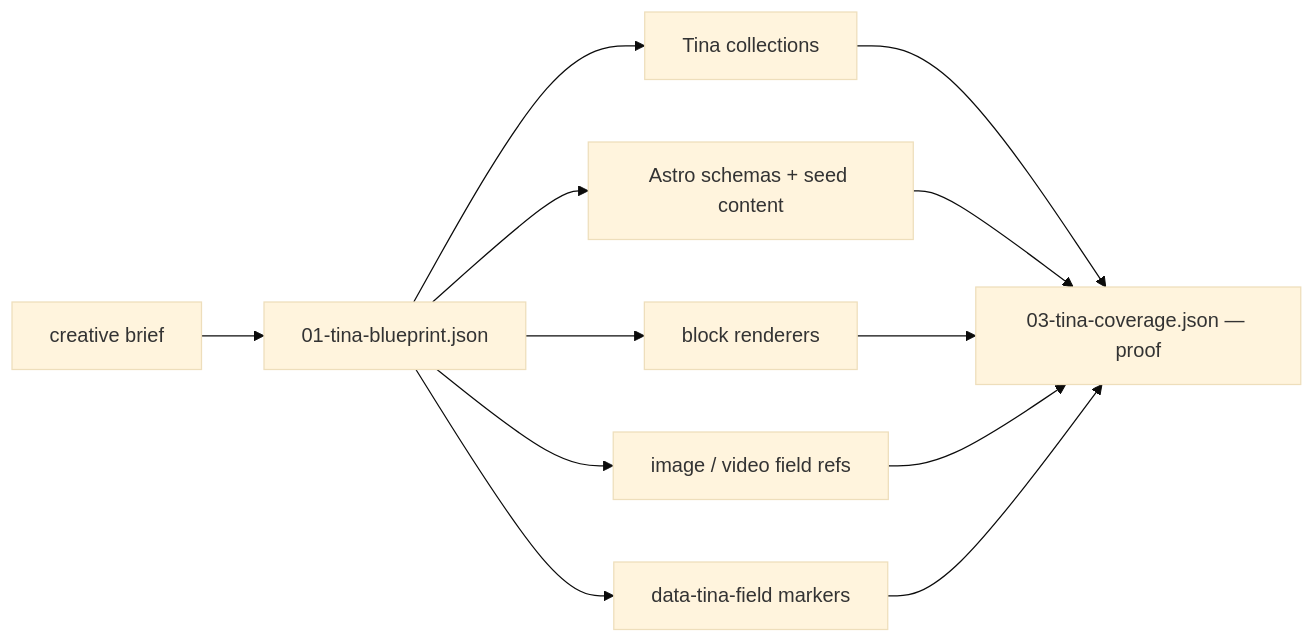
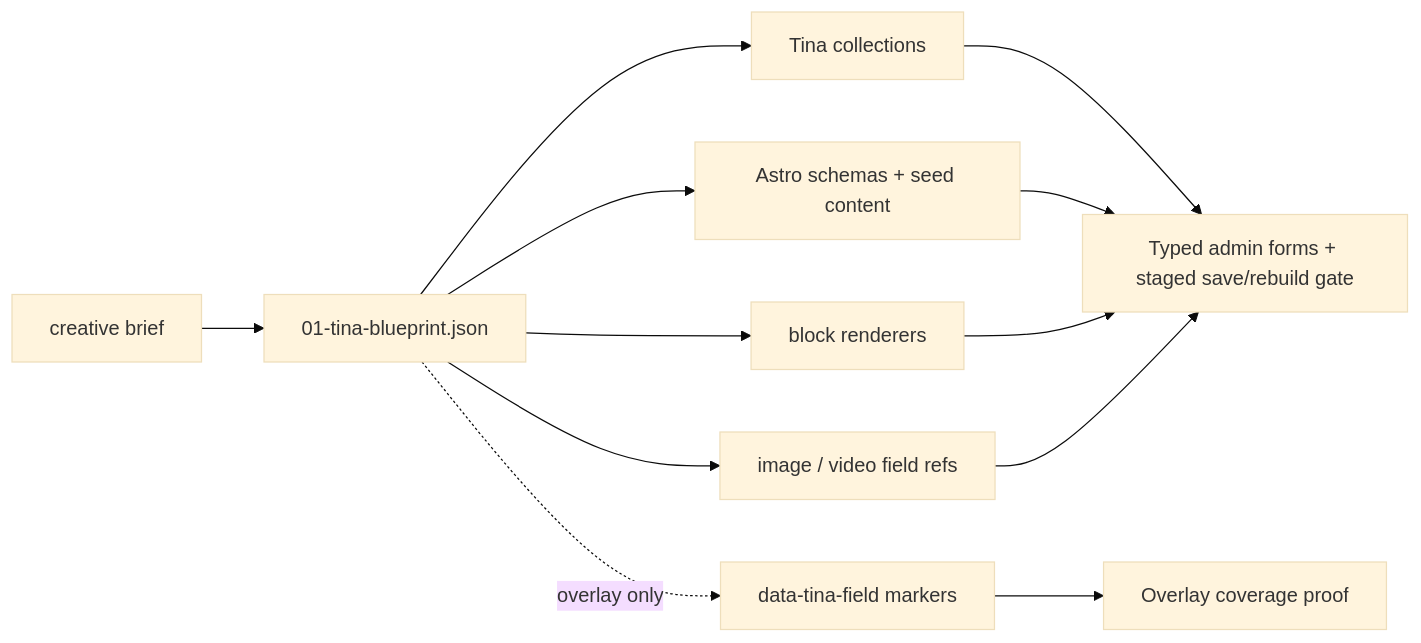
The third of 3 diagrams in README.md (lostsock1/astro-static), drawn with Mermaid (base theme) before and after one commit. The commit also changed other lines of this file and 27 other files, not shown here.

````diff
--- a/README.md
+++ b/README.md
@@ -137,10 +137,11 @@
 ```mermaid
 flowchart LR
     CB["creative brief"] --> BP["01-tina-blueprint.json"]
     BP --> C1["Tina collections"]
     BP --> C2["Astro schemas + seed content"]
     BP --> C3["block renderers"]
     BP --> C4["image / video field refs"]
-    BP --> C5["data-tina-field markers"]
-    C1 & C2 & C3 & C4 & C5 --> COV["03-tina-coverage.json — proof"]
+    BP -. "overlay only" .-> C5["data-tina-field markers"]
+    C1 & C2 & C3 & C4 --> ADMIN["Typed admin forms + staged save/rebuild gate"]
+    C5 --> COV["Overlay coverage proof"]
 ```
````
